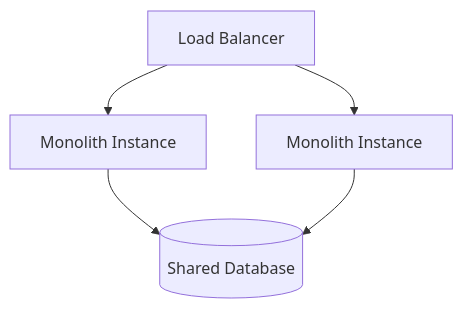
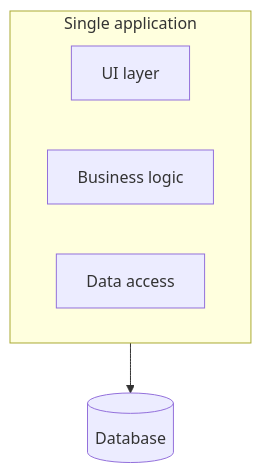
One commit to hareramcse/SystemDesign changed the third of 30 diagrams in 08-microservices/README.md. Above: the diagram before and after it, drawn with Mermaid. The commit also changed other lines of this file, not shown here.

````diff
--- a/08-microservices/README.md
+++ b/08-microservices/README.md
@@ -86,7 +137,9 @@
 ```mermaid
 flowchart TB
-    LB[Load Balancer] --> M1[Monolith Instance]
-    LB --> M2[Monolith Instance]
-    M1 --> DB[(Shared Database)]
-    M2 --> DB
+    subgraph App[Single application]
+        UI[UI layer]
+        BL[Business logic]
+        DA[Data access]
+    end
+    App --> DB[(Database)]
 ```
````
